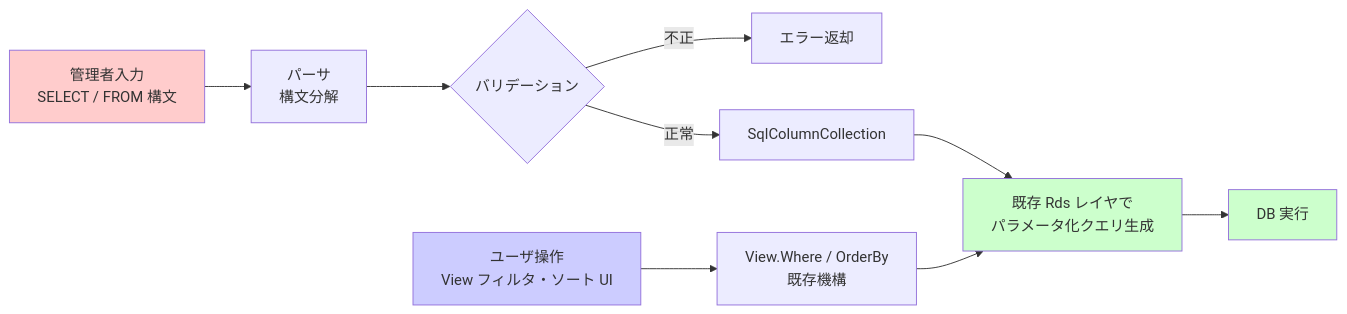
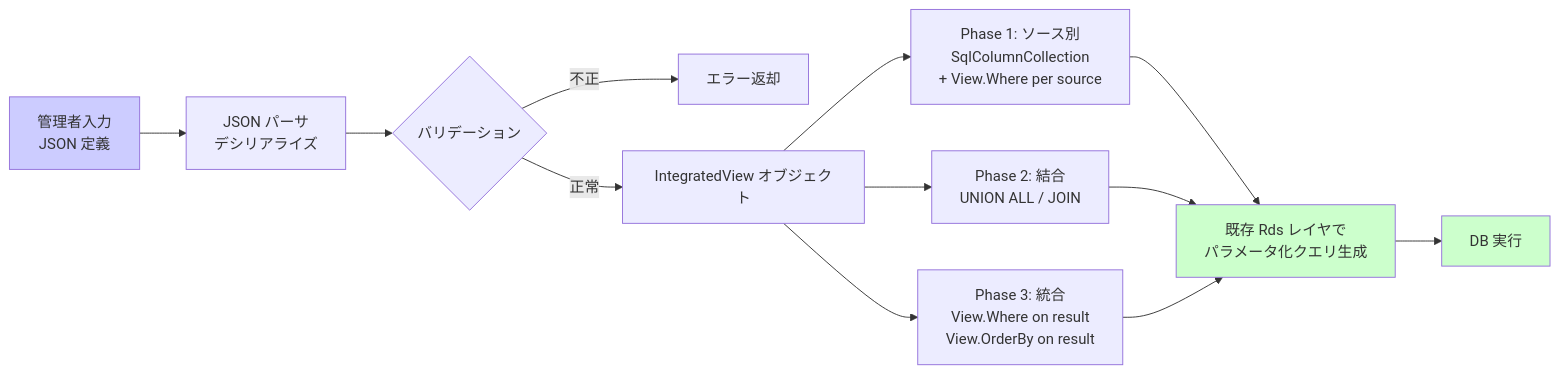
Before and after one commit to vehiclevisionjp/VehicleVision.Pleasanter.ResearchDocuments: the seventh of 10 diagrams in docs/research/06-一覧・ビュー/007-複数テーブル統合ビュー.md, drawn with Mermaid. The commit also changed other lines of this file, not shown here.

````diff
--- a/docs/research/06-一覧・ビュー/007-複数テーブル統合ビュー.md
+++ b/docs/research/06-一覧・ビュー/007-複数テーブル統合ビュー.md
@@ -707,16 +889,18 @@
 ```mermaid
 flowchart LR
-    A[管理者入力<br/>SELECT / FROM 構文] --> B[パーサ<br/>構文分解]
+    A[管理者入力<br/>JSON 定義] --> B[JSON パーサ<br/>デシリアライズ]
     B --> C{バリデーション}
     C -->|不正| D[エラー返却]
-    C -->|正常| E[SqlColumnCollection]
-    F[ユーザ操作<br/>View フィルタ・ソート UI] --> G[View.Where / OrderBy<br/>既存機構]
-    E --> H[既存 Rds レイヤで<br/>パラメータ化クエリ生成]
-    G --> H
-    H --> I[DB 実行]
+    C -->|正常| E[IntegratedView オブジェクト]
+    E --> F1[Phase 1: ソース別<br/>SqlColumnCollection<br/>+ View.Where per source]
+    E --> F2[Phase 2: 結合<br/>UNION ALL / JOIN]
+    E --> F3[Phase 3: 統合<br/>View.Where on result<br/>View.OrderBy on result]
+    F1 --> G[既存 Rds レイヤで<br/>パラメータ化クエリ生成]
+    F2 --> G
+    F3 --> G
+    G --> H[DB 実行]
 
-    style A fill:#ffcccc
-    style F fill:#ccccff
+    style A fill:#ccccff
+    style G fill:#ccffcc
     style H fill:#ccffcc
-    style I fill:#ccffcc
 ```
````
